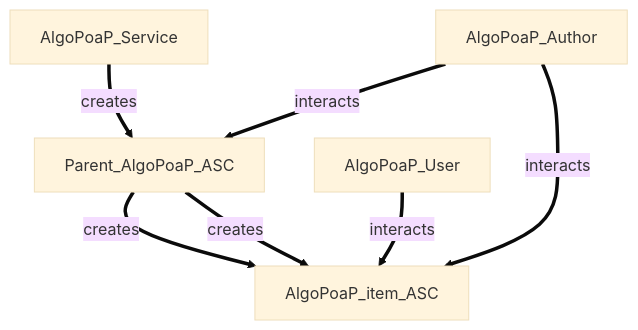
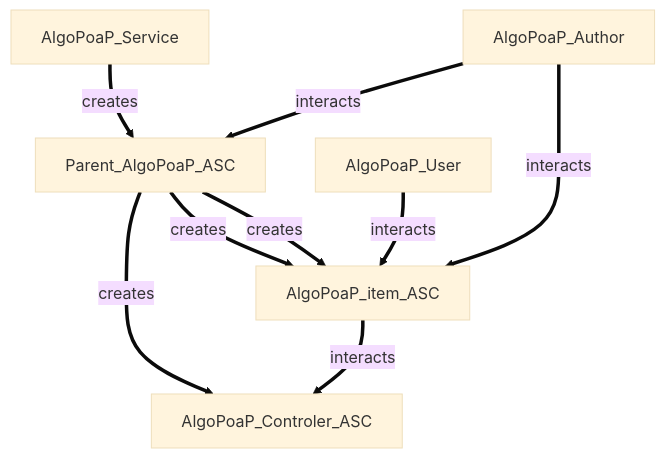
Before and after one commit to Sun-C0ffee/algopoap-smartcontracts: the first of 2 diagrams in README.md, drawn with Mermaid (base theme). The commit also changed other lines of this file, not shown here.

````diff
--- a/README.md
+++ b/README.md
@@ -11,9 +11,11 @@
 ```mermaid
   graph TD;
       AlgoPoaP_Service== creates ==>Parent_AlgoPoaP_ASC;
+      Parent_AlgoPoaP_ASC== creates ==>AlgoPoaP_Controler_ASC;
       Parent_AlgoPoaP_ASC== creates ==>AlgoPoaP_item_ASC;
       Parent_AlgoPoaP_ASC== creates ==>AlgoPoaP_item_ASC;
       AlgoPoaP_User== interacts ==>AlgoPoaP_item_ASC;
+      AlgoPoaP_item_ASC== interacts ==>AlgoPoaP_Controler_ASC;
       AlgoPoaP_Author== interacts ==>Parent_AlgoPoaP_ASC;
       AlgoPoaP_Author== interacts ==>AlgoPoaP_item_ASC;
 ```
````
